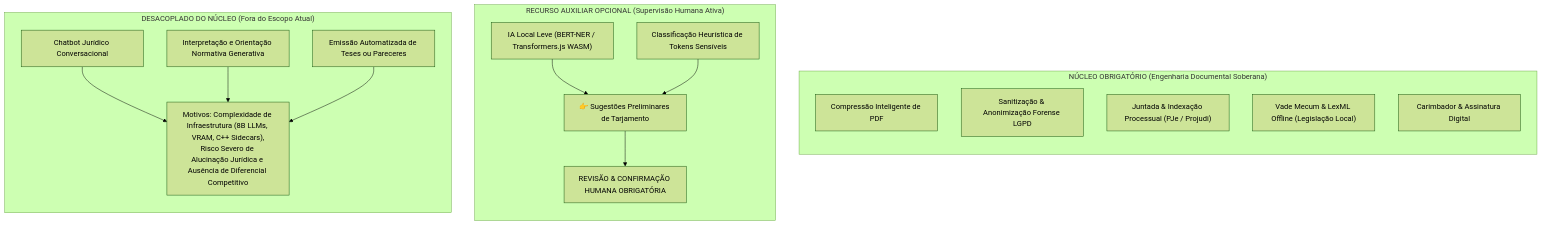
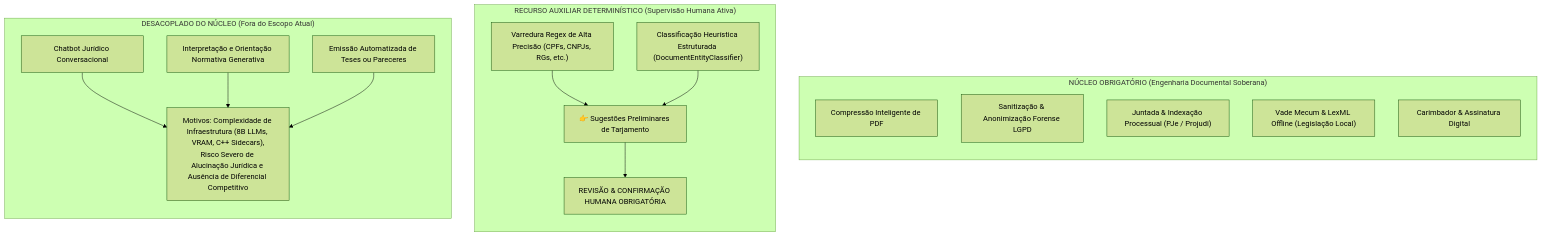
Before and after one commit to KovaxOmniBridge/KovaxFiles: the second of 2 diagrams in docs/OPERATIONAL_RELEASE_VALIDATION.md, drawn with Mermaid (forest theme). The commit also changed other lines of this file and 65 other files, not shown here.

````diff
--- a/docs/OPERATIONAL_RELEASE_VALIDATION.md
+++ b/docs/OPERATIONAL_RELEASE_VALIDATION.md
@@ -187,28 +187,28 @@
 ```mermaid
 flowchart TD
     subgraph RETIDO_NO_NUCLEO["NÚCLEO OBRIGATÓRIO (Engenharia Documental Soberana)"]
         direction TB
         A["Compressão Inteligente de PDF"]
         B["Sanitização & Anonimização Forense LGPD"]
         C["Juntada & Indexação Processual (PJe / Projudi)"]
         D["Vade Mecum & LexML Offline (Legislação Local)"]
         E["Carimbador & Assinatura Digital"]
     end
 
-    subgraph RECURSO_OPCIONAL["RECURSO AUXILIAR OPCIONAL (Supervisão Humana Ativa)"]
+    subgraph RECURSO_AUXILIAR["RECURSO AUXILIAR DETERMINÍSTICO (Supervisão Humana Ativa)"]
         direction TB
-        F["IA Local Leve (BERT-NER / Transformers.js WASM)"]
-        G["Classificação Heurística de Tokens Sensíveis"]
+        F["Varredura Regex de Alta Precisão (CPFs, CNPJs, RGs, etc.)"]
+        G["Classificação Heurística Estruturada (DocumentEntityClassifier)"]
         H["👉 Sugestões Preliminares de Tarjamento"]
         F & G --> H
         H --> I["REVISÃO & CONFIRMAÇÃO HUMANA OBRIGATÓRIA"]
     end
 
     subgraph DESACOPLADO_NESTA_FASE["DESACOPLADO DO NÚCLEO (Fora do Escopo Atual)"]
         direction TB
         J["Chatbot Jurídico Conversacional"]
         K["Interpretação e Orientação Normativa Generativa"]
         L["Emissão Automatizada de Teses ou Pareceres"]
         J & K & L --> M["Motivos: Complexidade de Infraestrutura (8B LLMs, VRAM, C++ Sidecars),\nRisco Severo de Alucinação Jurídica e Ausência de Diferencial Competitivo"]
     end
 ```
````
